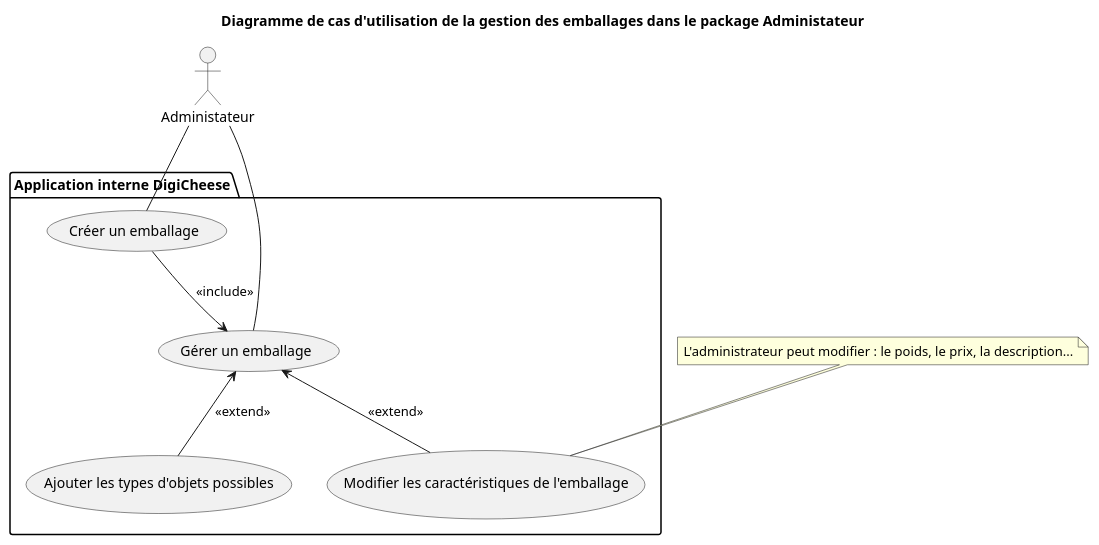
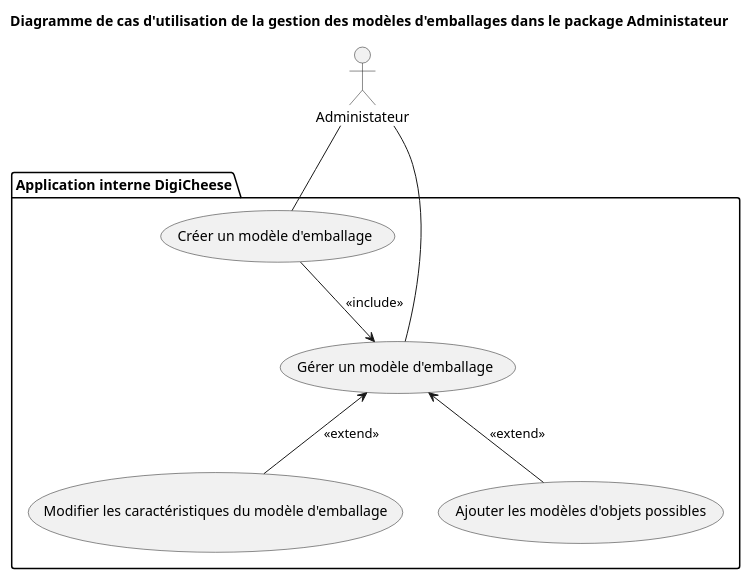
Before and after one commit to Bluwen/Conception_d_une_application_informatique: the diagram in Cas_d_utilisation/Cas_utilisation_gestion_administrative_emballage.puml, drawn with PlantUML. The commit also changed 5 other files, not shown here.

Commit message:
Mise à jour des cas d'utilisation

```diff
--- a/Cas_d_utilisation/Cas_utilisation_gestion_administrative_emballage.puml
+++ b/Cas_d_utilisation/Cas_utilisation_gestion_administrative_emballage.puml
@@ -1,26 +1,26 @@
 @startuml Gestion administrative d'un emballage
 
 actor "Administateur" 
 
 package "Application interne DigiCheese" {
-    usecase "Créer un emballage"
-    usecase "Gérer un emballage"
+    usecase "Créer un modèle d'emballage"
+    usecase "Gérer un modèle d'emballage"
 
-    usecase "Modifier les caractéristiques de l'emballage"
+    usecase "Modifier les caractéristiques du modèle d'emballage"
 
-    usecase "Ajouter les types d'objets possibles"
+    usecase "Ajouter les modèles d'objets possibles"
 }
 
-"Administateur" -- "Créer un emballage"
-"Administateur" -- "Gérer un emballage"
+"Administateur" -- "Créer un modèle d'emballage"
+"Administateur" -- "Gérer un modèle d'emballage"
 
-"Créer un emballage" --> "Gérer un emballage" : <<include>>
+"Créer un modèle d'emballage" --> "Gérer un modèle d'emballage": <<include>>
 
-"Gérer un emballage" <-- "Modifier les caractéristiques de l'emballage" : <<extend>>
-"Gérer un emballage" <-- "Ajouter les types d'objets possibles" : <<extend>>
+"Gérer un modèle d'emballage" <-- "Modifier les caractéristiques du modèle d'emballage" : <<extend>>
+"Gérer un modèle d'emballage" <-- "Ajouter les modèles d'objets possibles" : <<extend>>
 
-note "L'administrateur peut modifier : le poids, le prix, la description..." as N1
-N1 .. "Modifier les caractéristiques de l'emballage"
+'note "L'administrateur peut modifier : le poids, le prix, la description..." as N1
+'N1 .. "Modifier les caractéristiques de l'emballage"
 
-title Diagramme de cas d'utilisation de la gestion des emballages dans le package Administateur
+title Diagramme de cas d'utilisation de la gestion des modèles d'emballages dans le package Administateur
 @enduml
```
